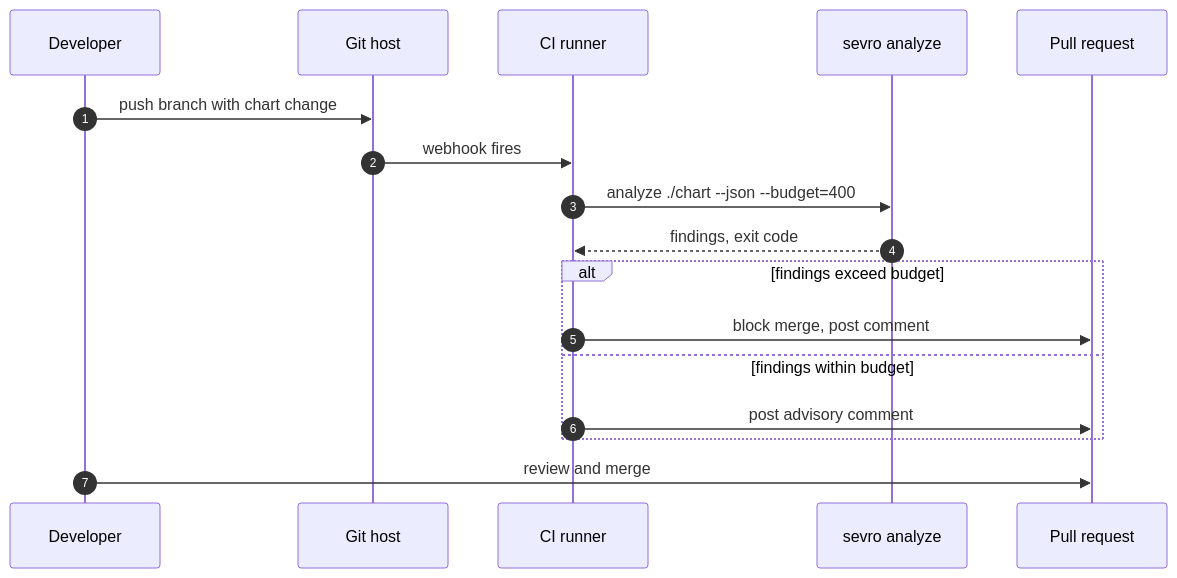
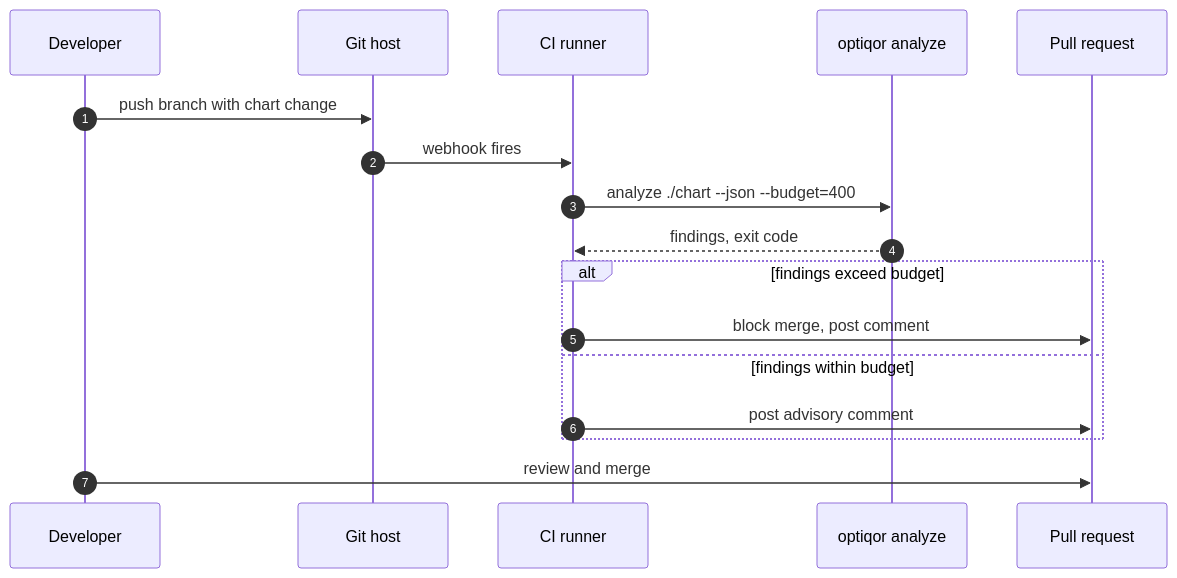
The second of 4 diagrams in README.md (jonathansiles/optiqor-cli), drawn with Mermaid before and after one commit. The commit also changed other lines of this file and 73 other files, not shown here.

````diff
--- a/README.md
+++ b/README.md
@@ -249,20 +255,20 @@
 ```mermaid
 sequenceDiagram
     autonumber
     participant Dev as Developer
     participant Git as Git host
     participant CI as CI runner
-    participant CLI as sevro analyze
+    participant CLI as optiqor analyze
     participant PR as Pull request
 
     Dev->>Git: push branch with chart change
     Git->>CI: webhook fires
     CI->>CLI: analyze ./chart --json --budget=400
     CLI-->>CI: findings, exit code
     alt findings exceed budget
         CI->>PR: block merge, post comment
     else findings within budget
         CI->>PR: post advisory comment
     end
     Dev->>PR: review and merge
 ```
````
